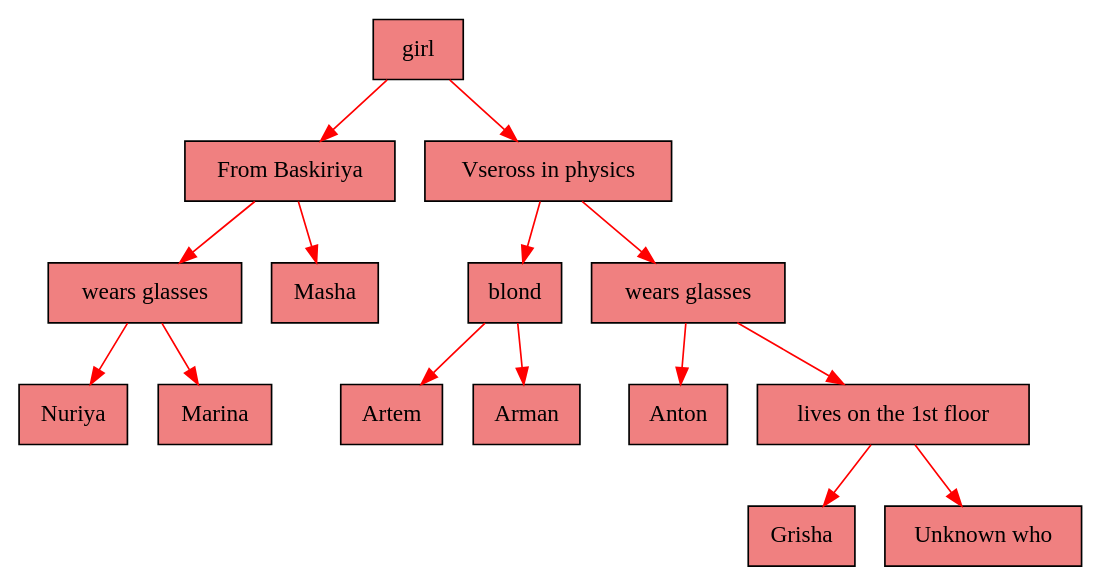
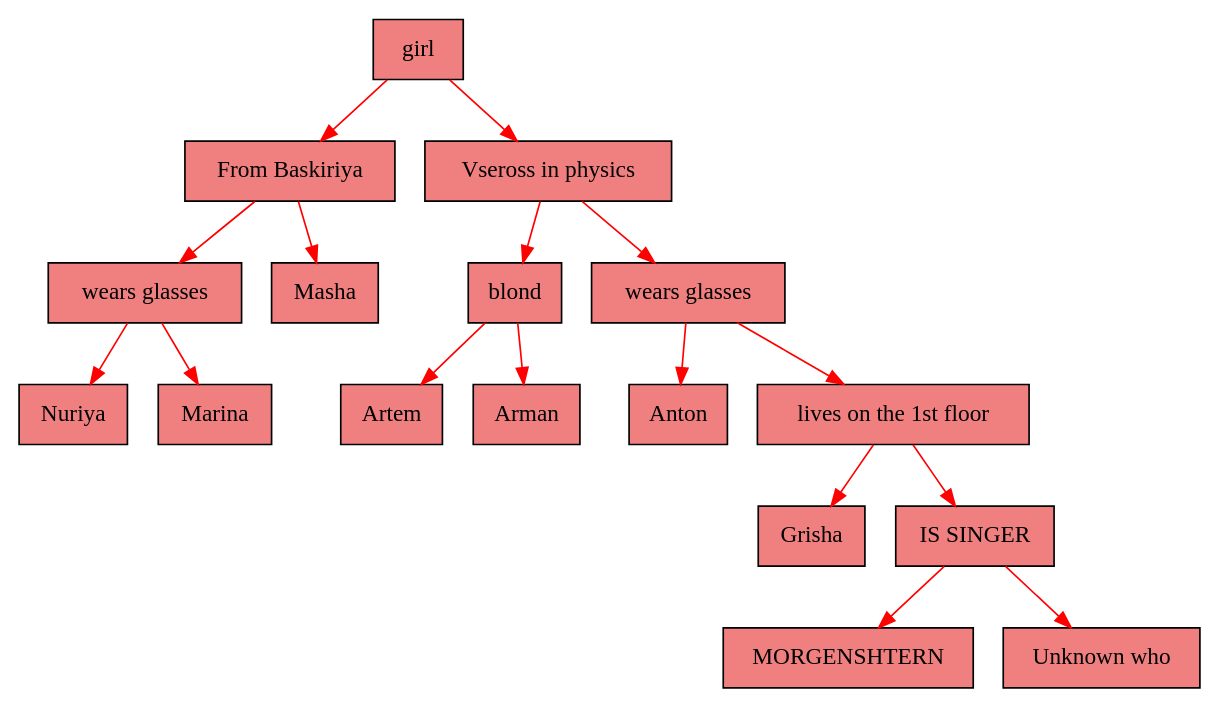
The diagram in list.dot (nurikyet/Akinator), drawn with Graphviz before and after one commit. The commit also changed 9 other files, not shown here.

```diff
--- a/list.dot
+++ b/list.dot
@@ -1,32 +1,36 @@
 digraph G{
   rankdir=HR;
-  Node_00000214c7d31750 [shape=record, style="filled", fillcolor="#F08080", label=" girl"];
-  Node_00000214c7d31880 [shape=record, style="filled", fillcolor="#F08080", label=" From Baskiriya"];
-  Node_00000214c7d319b0 [shape=record, style="filled", fillcolor="#F08080", label=" wears glasses"];
-  Node_00000214c7d31ae0 [shape=record, style="filled", fillcolor="#F08080", label=" Nuriya"];
-  Node_00000214c7d31c10 [shape=record, style="filled", fillcolor="#F08080", label=" Marina"];
-  Node_00000214c7d31d40 [shape=record, style="filled", fillcolor="#F08080", label=" Masha"];
-  Node_00000214c7d31d60 [shape=record, style="filled", fillcolor="#F08080", label=" Vseross in physics"];
-  Node_00000214c7d31d80 [shape=record, style="filled", fillcolor="#F08080", label=" blond"];
-  Node_00000214c7d31da0 [shape=record, style="filled", fillcolor="#F08080", label=" Artem"];
-  Node_00000214c7d31dc0 [shape=record, style="filled", fillcolor="#F08080", label=" Arman"];
-  Node_00000214c7d31de0 [shape=record, style="filled", fillcolor="#F08080", label=" wears glasses"];
-  Node_00000214c7d31e00 [shape=record, style="filled", fillcolor="#F08080", label=" Anton"];
-  Node_00000214c7d37a10 [shape=record, style="filled", fillcolor="#F08080", label=" lives on the 1st floor"];
-  Node_00000214c7d37c90 [shape=record, style="filled", fillcolor="#F08080", label=" Grisha"];
-  Node_00000214c7d37d90 [shape=record, style="filled", fillcolor="#F08080", label=" Unknown who"];
-Node_00000214c7d31750 -> Node_00000214c7d31880[color="red"]
-Node_00000214c7d31750 -> Node_00000214c7d31d60[color="red"]
-Node_00000214c7d31880 -> Node_00000214c7d319b0[color="red"]
-Node_00000214c7d31880 -> Node_00000214c7d31d40[color="red"]
-Node_00000214c7d319b0 -> Node_00000214c7d31ae0[color="red"]
-Node_00000214c7d319b0 -> Node_00000214c7d31c10[color="red"]
-Node_00000214c7d31d60 -> Node_00000214c7d31d80[color="red"]
-Node_00000214c7d31d60 -> Node_00000214c7d31de0[color="red"]
-Node_00000214c7d31d80 -> Node_00000214c7d31da0[color="red"]
-Node_00000214c7d31d80 -> Node_00000214c7d31dc0[color="red"]
-Node_00000214c7d31de0 -> Node_00000214c7d31e00[color="red"]
-Node_00000214c7d31de0 -> Node_00000214c7d37a10[color="red"]
-Node_00000214c7d37a10 -> Node_00000214c7d37c90[color="red"]
-Node_00000214c7d37a10 -> Node_00000214c7d37d90[color="red"]
+  Node_000001fc6ca96740 [shape=record, style="filled", fillcolor="#F08080", label=" girl"];
+  Node_000001fc6ca96160 [shape=record, style="filled", fillcolor="#F08080", label=" From Baskiriya"];
+  Node_000001fc6ca961e0 [shape=record, style="filled", fillcolor="#F08080", label=" wears glasses"];
+  Node_000001fc6ca96200 [shape=record, style="filled", fillcolor="#F08080", label=" Nuriya"];
+  Node_000001fc6ca96800 [shape=record, style="filled", fillcolor="#F08080", label=" Marina"];
+  Node_000001fc6ca96220 [shape=record, style="filled", fillcolor="#F08080", label=" Masha"];
+  Node_000001fc6ca96380 [shape=record, style="filled", fillcolor="#F08080", label=" Vseross in physics"];
+  Node_000001fc6ca96580 [shape=record, style="filled", fillcolor="#F08080", label=" blond"];
+  Node_000001fc6ca963a0 [shape=record, style="filled", fillcolor="#F08080", label=" Artem"];
+  Node_000001fc6ca96540 [shape=record, style="filled", fillcolor="#F08080", label=" Arman"];
+  Node_000001fc6ca965a0 [shape=record, style="filled", fillcolor="#F08080", label=" wears glasses"];
+  Node_000001fc6ca96320 [shape=record, style="filled", fillcolor="#F08080", label=" Anton"];
+  Node_000001fc6ca96820 [shape=record, style="filled", fillcolor="#F08080", label=" lives on the 1st floor"];
+  Node_000001fc6ca965c0 [shape=record, style="filled", fillcolor="#F08080", label=" Grisha"];
+  Node_000001fc6ca965e0 [shape=record, style="filled", fillcolor="#F08080", label=" IS SINGER"];
+  Node_000001fc6e17dd70 [shape=record, style="filled", fillcolor="#F08080", label=" MORGENSHTERN"];
+  Node_000001fc6e17dcb0 [shape=record, style="filled", fillcolor="#F08080", label=" Unknown who"];
+Node_000001fc6ca96740 -> Node_000001fc6ca96160[color="red"]
+Node_000001fc6ca96740 -> Node_000001fc6ca96380[color="red"]
+Node_000001fc6ca96160 -> Node_000001fc6ca961e0[color="red"]
+Node_000001fc6ca96160 -> Node_000001fc6ca96220[color="red"]
+Node_000001fc6ca961e0 -> Node_000001fc6ca96200[color="red"]
+Node_000001fc6ca961e0 -> Node_000001fc6ca96800[color="red"]
+Node_000001fc6ca96380 -> Node_000001fc6ca96580[color="red"]
+Node_000001fc6ca96380 -> Node_000001fc6ca965a0[color="red"]
+Node_000001fc6ca96580 -> Node_000001fc6ca963a0[color="red"]
+Node_000001fc6ca96580 -> Node_000001fc6ca96540[color="red"]
+Node_000001fc6ca965a0 -> Node_000001fc6ca96320[color="red"]
+Node_000001fc6ca965a0 -> Node_000001fc6ca96820[color="red"]
+Node_000001fc6ca96820 -> Node_000001fc6ca965c0[color="red"]
+Node_000001fc6ca96820 -> Node_000001fc6ca965e0[color="red"]
+Node_000001fc6ca965e0 -> Node_000001fc6e17dd70[color="red"]
+Node_000001fc6ca965e0 -> Node_000001fc6e17dcb0[color="red"]
 }
```
